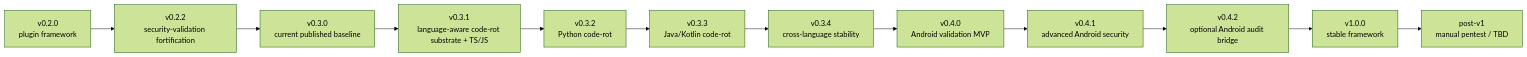
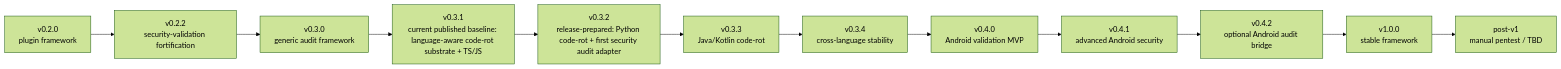
The diagram in docs/ROADMAP.md (dailephd/my-dev-kit-lab), drawn with Mermaid (forest theme) before and after one commit. The commit also changed other lines of this file and 51 other files, not shown here.

````diff
--- a/docs/ROADMAP.md
+++ b/docs/ROADMAP.md
@@ -9,14 +9,14 @@
 ```mermaid
 flowchart LR
   A[v0.2.0<br/>plugin framework] --> B[v0.2.2<br/>security-validation fortification]
-  B --> C[v0.3.0<br/>current published baseline]
-  C --> D[v0.3.1<br/>language-aware code-rot substrate + TS/JS]
-  D --> E[v0.3.2<br/>Python code-rot]
+  B --> C[v0.3.0<br/>generic audit framework]
+  C --> D[v0.3.1<br/>current published baseline: language-aware code-rot substrate + TS/JS]
+  D --> E[v0.3.2<br/>release-prepared: Python code-rot + first security audit adapter]
   E --> F[v0.3.3<br/>Java/Kotlin code-rot]
   F --> G[v0.3.4<br/>cross-language stability]
   G --> H[v0.4.0<br/>Android validation MVP]
   H --> I[v0.4.1<br/>advanced Android security]
   I --> J[v0.4.2<br/>optional Android audit bridge]
   J --> K[v1.0.0<br/>stable framework]
   K --> L[post-v1<br/>manual pentest / TBD]
 ```
````
